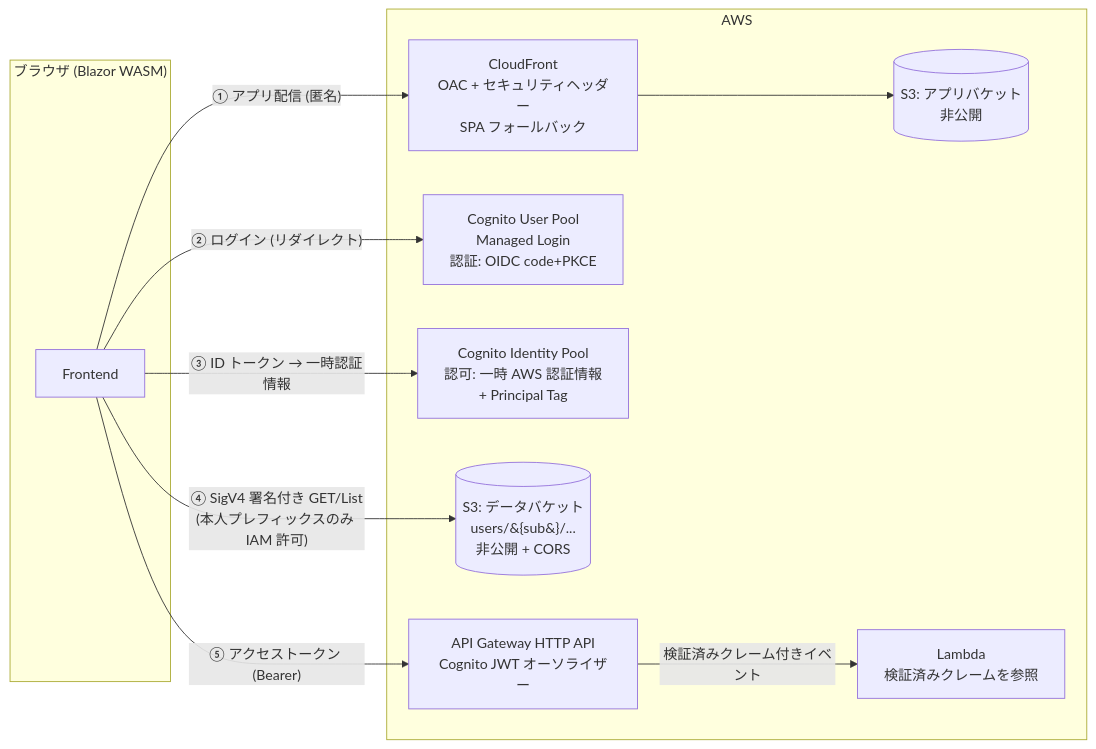
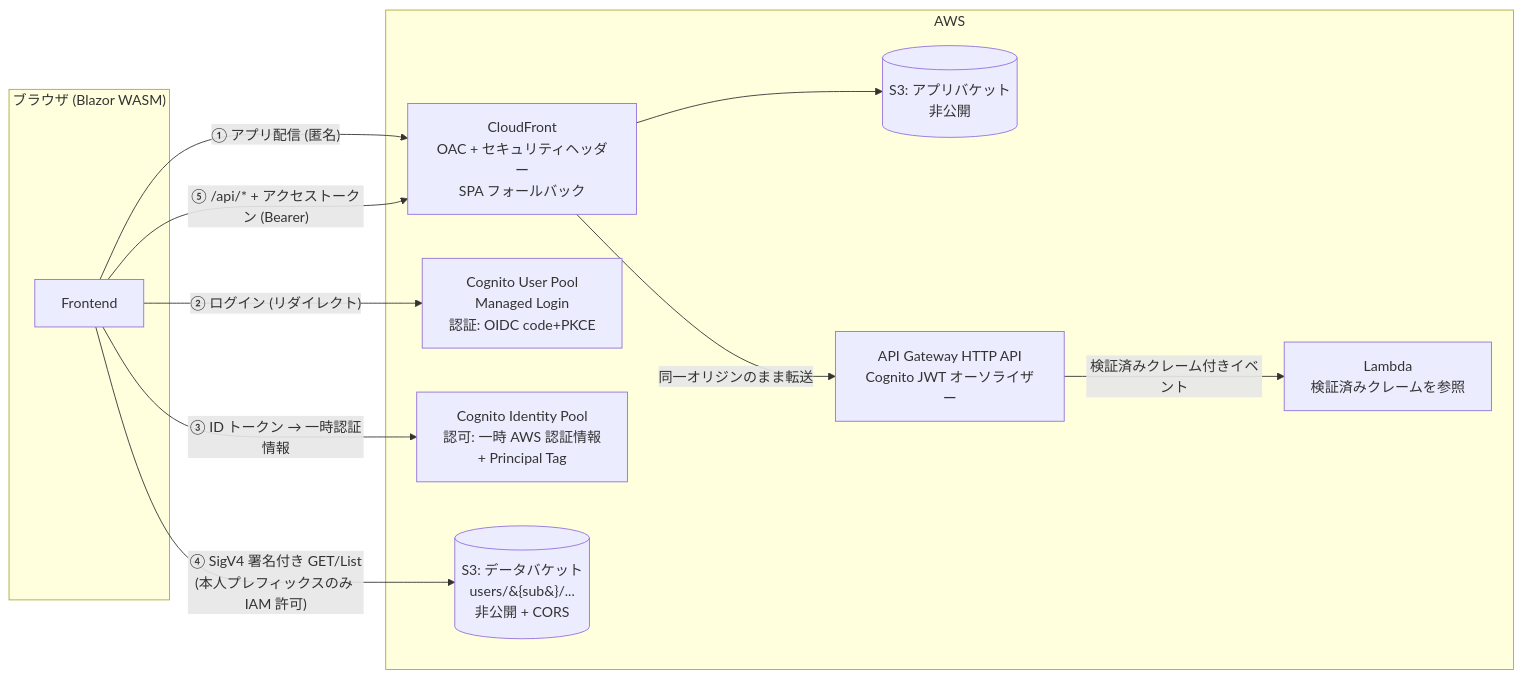
One commit to usausa/template-aws-s3-wasm changed the first of 2 diagrams in README.md. Above: the diagram before and after it, drawn with Mermaid. The commit also changed other lines of this file and 12 other files, not shown here.

````diff
--- a/README.md
+++ b/README.md
@@ -40,24 +40,25 @@
 ```mermaid
 graph LR
     subgraph Browser["ブラウザ (Blazor WASM)"]
         App[Frontend]
     end
 
     subgraph AWS
         CF[CloudFront<br/>OAC + セキュリティヘッダー<br/>SPA フォールバック]
         AppBucket[(S3: アプリバケット<br/>非公開)]
         UP[Cognito User Pool<br/>Managed Login<br/>認証: OIDC code+PKCE]
         IP[Cognito Identity Pool<br/>認可: 一時 AWS 認証情報<br/>+ Principal Tag]
         DataBucket[(S3: データバケット<br/>users/&#123;sub&#125;/...<br/>非公開 + CORS)]
         APIGW[API Gateway HTTP API<br/>Cognito JWT オーソライザー]
         Fn[Lambda<br/>検証済みクレームを参照]
     end
 
     App -- "① アプリ配信 (匿名)" --> CF
     CF --> AppBucket
     App -- "② ログイン (リダイレクト)" --> UP
     App -- "③ ID トークン → 一時認証情報" --> IP
     App -- "④ SigV4 署名付き GET/List<br/>(本人プレフィックスのみ IAM 許可)" --> DataBucket
-    App -- "⑤ アクセストークン (Bearer)" --> APIGW
+    App -- "⑤ /api/* + アクセストークン (Bearer)" --> CF
+    CF -- "同一オリジンのまま転送" --> APIGW
     APIGW -- "検証済みクレーム付きイベント" --> Fn
 ```
````
